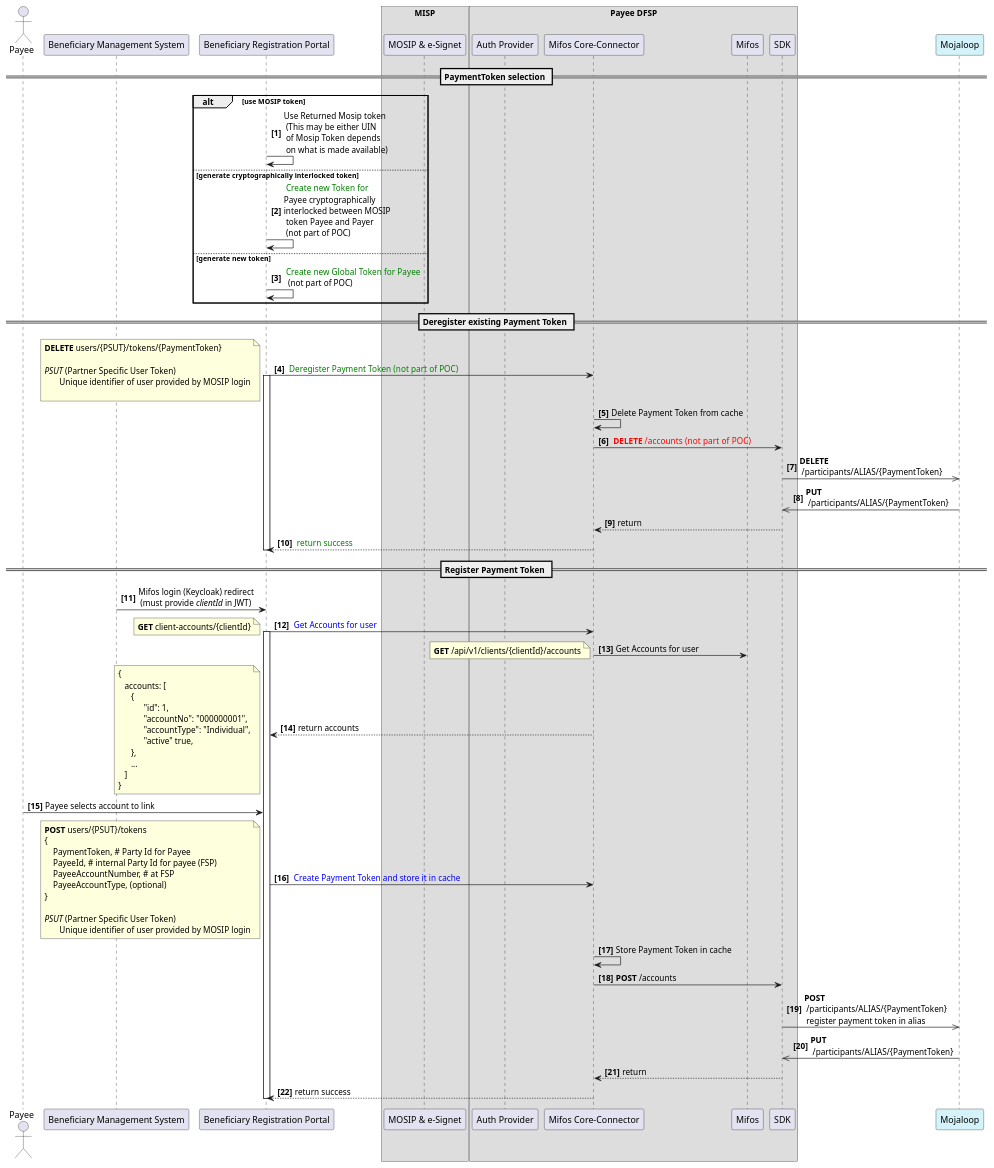
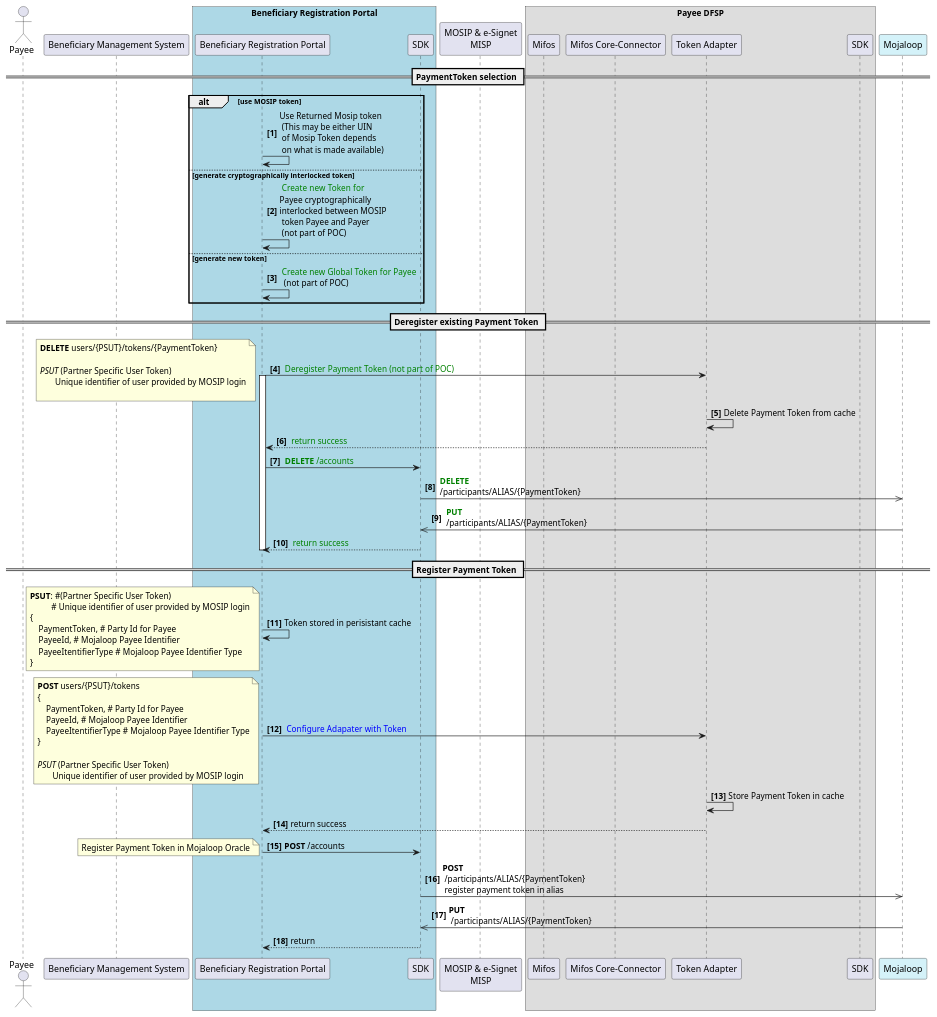
One commit to mojaloop/ml-mosip-integration changed the diagram in Docs/G2PTokenRegistrationRedirect-3-TokenRegistration.plantuml. Above: the diagram before and after it, drawn with PlantUML. The commit also changed 7 other files, not shown here.

Commit message:
feat:Mojaloop Party Identifier Mapping Design

```diff
--- a/Docs/G2PTokenRegistrationRedirect-3-TokenRegistration.plantuml
+++ b/Docs/G2PTokenRegistrationRedirect-3-TokenRegistration.plantuml
@@ -1,106 +1,96 @@
 @startuml
 autonumber 1 "<b>[0]"
 
 actor "Payee" as Payee
 
 participant "Beneficiary Management System" as BMS
+box "Beneficiary Registration Portal" #LightBlue
 participant "Beneficiary Registration Portal" as BRP
+participant "SDK" as BSDK
+end box
 
-box MISP
-participant "MOSIP & e-Signet" as eSignet
-end box
+participant "MOSIP & e-Signet\nMISP" as eSignet
+
 box "Payee DFSP"
-participant "Auth Provider" as OAuth
+participant "Mifos" as Mifos
 participant "Mifos Core-Connector" as CC
-participant "Mifos" as Mifos
+participant "Token Adapter" as Adapter
 participant "SDK" as SDK
 end box
 participant "Mojaloop" as Mojaloop  #d4f2f9
 
 == PaymentToken selection ==
 
 alt use MOSIP token
 BRP->BRP: Use Returned Mosip token \n (This may be either UIN \n of Mosip Token depends \n on what is made available)
 else generate cryptographically interlocked token
 BRP->BRP: <color:Green> Create new Token for \nPayee cryptographically \ninterlocked between MOSIP\n token Payee and Payer \n (not part of POC)
 else generate new token
 BRP->BRP: <color:Green> Create new Global Token for Payee\n  (not part of POC)
 end
 
 
 == Deregister existing Payment Token ==
-BRP->CC: <color:Green> Deregister Payment Token (not part of POC)
+BRP->Adapter: <color:Green> Deregister Payment Token (not part of POC)
 note left
 **DELETE** users/{PSUT}/tokens/{PaymentToken}
 
 <i>PSUT</i> (Partner Specific User Token)
        Unique identifier of user provided by MOSIP login
 
 end note
 activate BRP
 
-CC->CC: Delete Payment Token from cache
-CC->SDK: <color:Red> **DELETE** /accounts  (not part of POC)
-SDK->>Mojaloop: **DELETE** \n /participants/ALIAS/{PaymentToken}
-Mojaloop->>SDK: **PUT** \n /participants/ALIAS/{PaymentToken}
-SDK-->CC: return
+Adapter->Adapter: Delete Payment Token from cache
 
-CC-->BRP: <color:Green> return success
+Adapter-->BRP: <color:Green> return success
+
+BRP->BSDK: <color:Green> **DELETE** /accounts 
+BSDK->>Mojaloop: <color:Green> **DELETE** \n /participants/ALIAS/{PaymentToken}
+Mojaloop->>BSDK: <color:Green> **PUT** \n /participants/ALIAS/{PaymentToken}
+BSDK-->BRP: <color:Green> return success
 deactivate BRP
-
 
 == Register Payment Token ==
 
-BMS -> BRP: Mifos login (Keycloak) redirect \n (must provide <i>clientId</i> in JWT)
-BRP->CC: <color:Blue> Get Accounts for user
+BRP->BRP: Token stored in perisistant cache
 note left
-**GET** client-accounts/{clientId}
-end note
-
-activate BRP
-CC->Mifos: Get Accounts for user
-note left
-**GET** /api/v1/clients/{clientId}/accounts
-end note
-CC-->BRP: return accounts
-note bottom
+**PSUT**: #(Partner Specific User Token)
+          # Unique identifier of user provided by MOSIP login
 {
-   accounts: [
-      {
-            "id": 1,
-            "accountNo": "000000001",
-            "accountType": "Individual",
-            "active" true,
-      },
-      ...
-   ]
+    PaymentToken, # Party Id for Payee
+    PayeeId, # Mojaloop Payee Identifier
+    PayeeItentifierType # Mojaloop Payee Identifier Type
 }
 end note
 
 
-Payee->BRP: Payee selects account to link
-BRP->CC: <color:Blue> Create Payment Token and store it in cache
+
+
+BRP->Adapter: <color:Blue> Configure Adapater with Token
 note left
 **POST** users/{PSUT}/tokens
 {
     PaymentToken, # Party Id for Payee
-    PayeeId, # internal Party Id for payee (FSP)
-    PayeeAccountNumber, # at FSP
-    PayeeAccountType, (optional)
+    PayeeId, # Mojaloop Payee Identifier
+    PayeeItentifierType # Mojaloop Payee Identifier Type
 }
 
 <i>PSUT</i> (Partner Specific User Token)
        Unique identifier of user provided by MOSIP login
 end note
 
-CC->CC: Store Payment Token in cache
-CC->SDK: **POST** /accounts
-SDK->>Mojaloop: **POST** \n /participants/ALIAS/{PaymentToken} \n register payment token in alias
-Mojaloop->>SDK: **PUT** \n /participants/ALIAS/{PaymentToken}
-SDK-->CC: return
-CC-->BRP: return success
+Adapter->Adapter: Store Payment Token in cache
+Adapter-->BRP: return success
+
+BRP->BSDK: **POST** /accounts
+note left 
+Register Payment Token in Mojaloop Oracle
+end note
+BSDK->>Mojaloop: **POST** \n /participants/ALIAS/{PaymentToken} \n register payment token in alias
+Mojaloop->>BSDK: **PUT** \n /participants/ALIAS/{PaymentToken}
+BSDK-->BRP: return
+
 deactivate BRP
 
-
-
 @enduml
```
